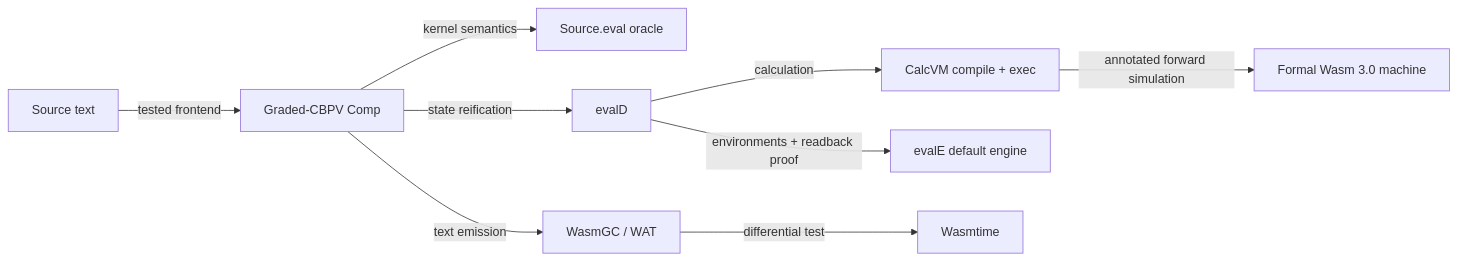
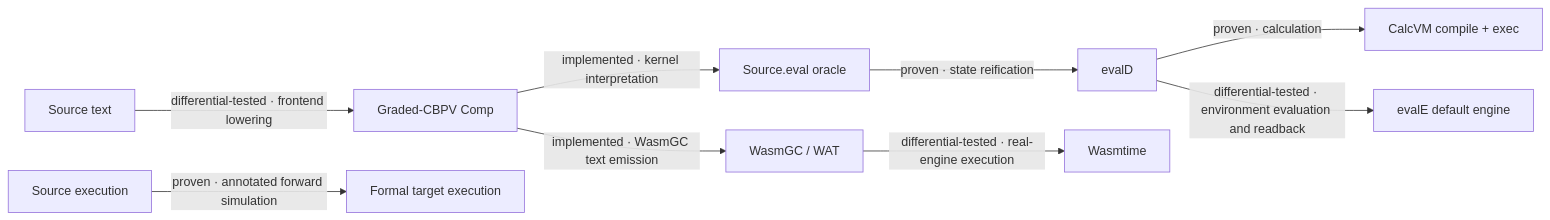
The first of 3 diagrams in docs/architecture/core-overview.md (phibkro/bang), drawn with Mermaid before and after one commit. The commit also changed other lines of this file and 18 other files, not shown here.

First line of the commit message:
docs: render validated architecture evidence

````diff
--- a/docs/architecture/core-overview.md
+++ b/docs/architecture/core-overview.md
@@ -15,11 +16,21 @@
 ```mermaid
 flowchart LR
-  S[Source text] -->|tested frontend| C[Graded-CBPV Comp]
-  C -->|kernel semantics| O[Source.eval oracle]
-  C -->|state reification| D[evalD]
-  D -->|calculation| VM[CalcVM compile + exec]
-  D -->|environments + readback proof| E[evalE default engine]
-  VM -->|annotated forward simulation| W[Formal Wasm 3.0 machine]
-  C -->|text emission| G[WasmGC / WAT]
-  G -->|differential test| R[Wasmtime]
+  n_63616c63766d["CalcVM compile + exec"]
+  n_636f6d70["Graded-CBPV Comp"]
+  n_656d69747465642d776174["WasmGC / WAT"]
+  n_656e762d656e67696e65["evalE default engine"]
+  n_6576616c64["evalD"]
+  n_736f757263652d6576616c["Source.eval oracle"]
+  n_736f757263652d657865637574696f6e["Source execution"]
+  n_736f757263652d74657874["Source text"]
+  n_7461726765742d657865637574696f6e["Formal target execution"]
+  n_7761736d74696d65["Wasmtime"]
+  n_636f6d70 -->|implemented · WasmGC text emission| n_656d69747465642d776174
+  n_636f6d70 -->|implemented · kernel interpretation| n_736f757263652d6576616c
+  n_656d69747465642d776174 -->|differential-tested · real-engine execution| n_7761736d74696d65
+  n_6576616c64 -->|proven · calculation| n_63616c63766d
+  n_6576616c64 -->|differential-tested · environment evaluation and readback| n_656e762d656e67696e65
+  n_736f757263652d6576616c -->|proven · state reification| n_6576616c64
+  n_736f757263652d657865637574696f6e -->|proven · annotated forward simulation| n_7461726765742d657865637574696f6e
+  n_736f757263652d74657874 -->|differential-tested · frontend lowering| n_636f6d70
 ```
````
